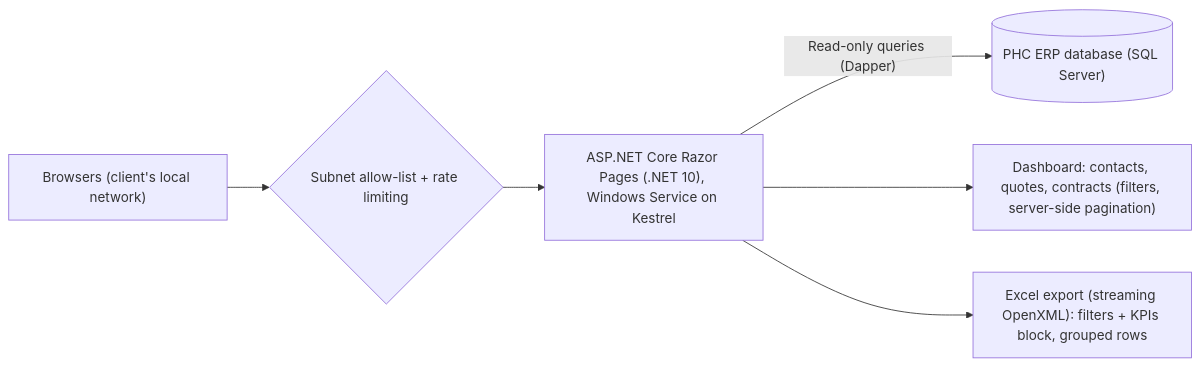
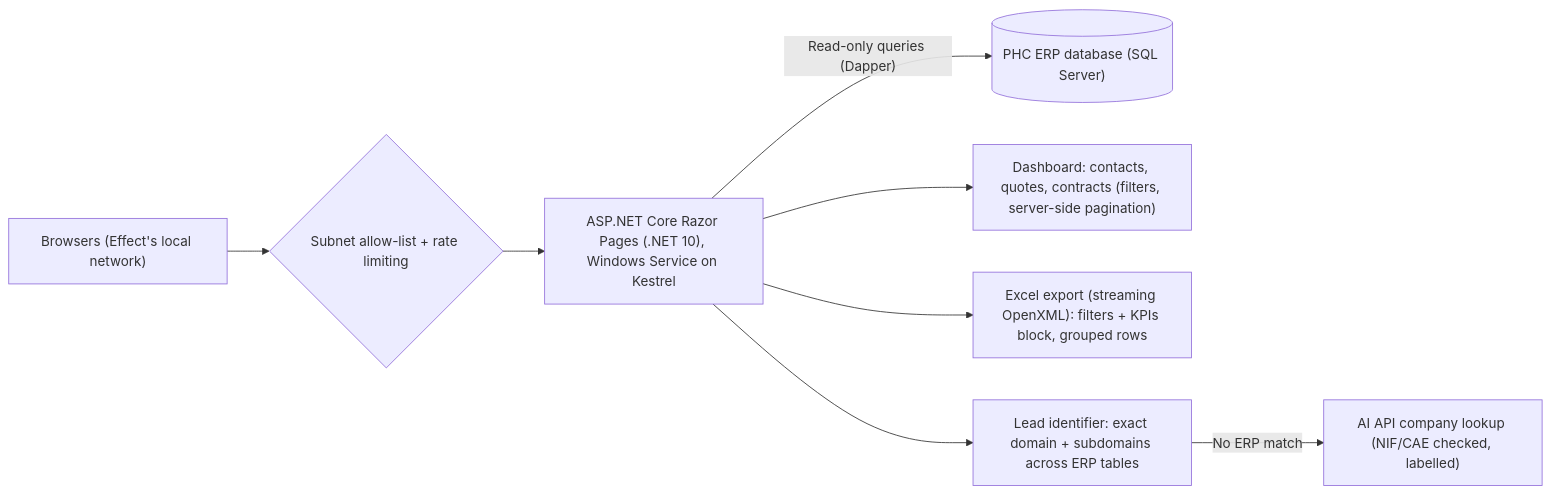
Before and after one commit to FypeiH/portfolio-site: the diagram in content/diagrams/contacts-report.mmd, drawn with Mermaid. The commit also changed 5 other files, not shown here.

Commit message:
content(contacts-report): apply Will's Effect copy, name the client, add AI lookup to the diagram

```diff
--- a/content/diagrams/contacts-report.mmd
+++ b/content/diagrams/contacts-report.mmd
@@ -1,6 +1,8 @@
 graph LR
-  U["Browsers (client's local network)"] --> G{"Subnet allow-list + rate limiting"}
+  U["Browsers (Effect's local network)"] --> G{"Subnet allow-list + rate limiting"}
   G --> A["ASP.NET Core Razor Pages (.NET 10), Windows Service on Kestrel"]
   A -->|"Read-only queries (Dapper)"| DB[("PHC ERP database (SQL Server)")]
   A --> D["Dashboard: contacts, quotes, contracts (filters, server-side pagination)"]
   A --> X["Excel export (streaming OpenXML): filters + KPIs block, grouped rows"]
+  A --> L["Lead identifier: exact domain + subdomains across ERP tables"]
+  L -->|"No ERP match"| AI["AI API company lookup (NIF/CAE checked, labelled)"]
```
